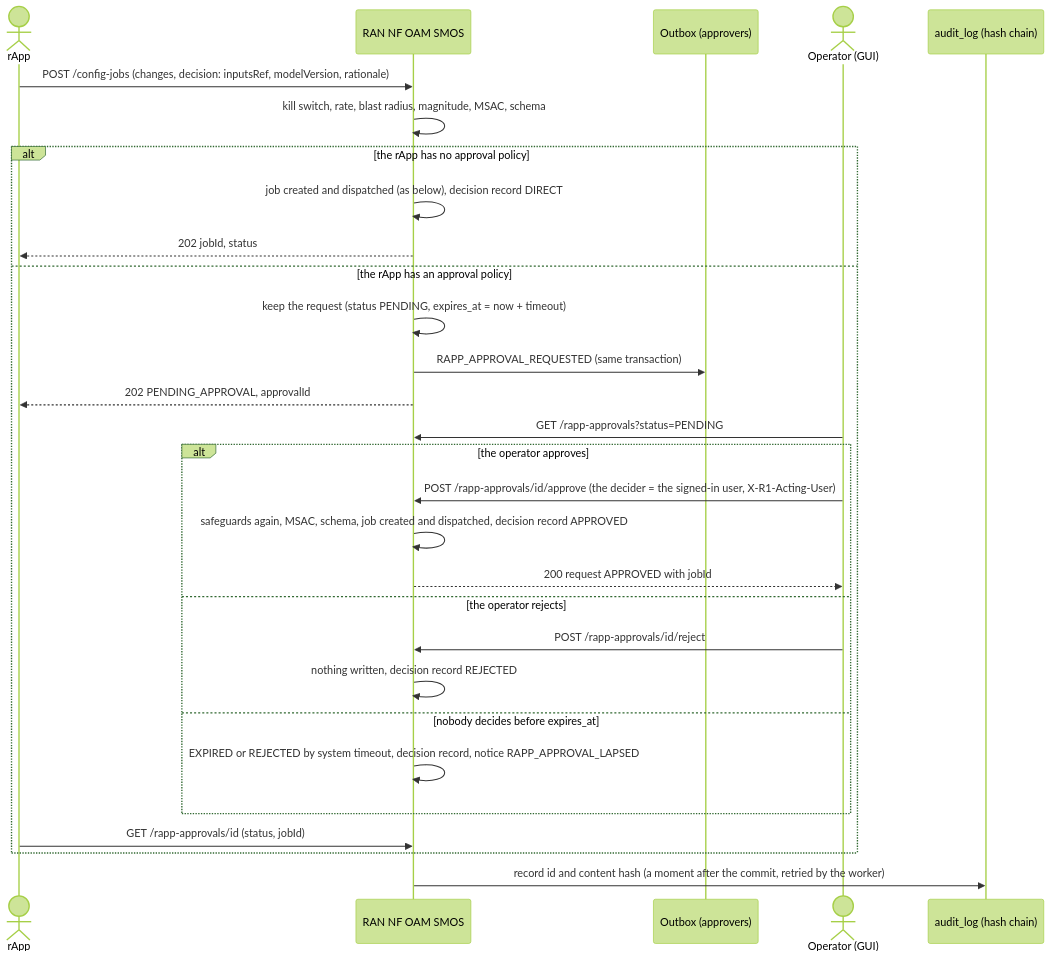
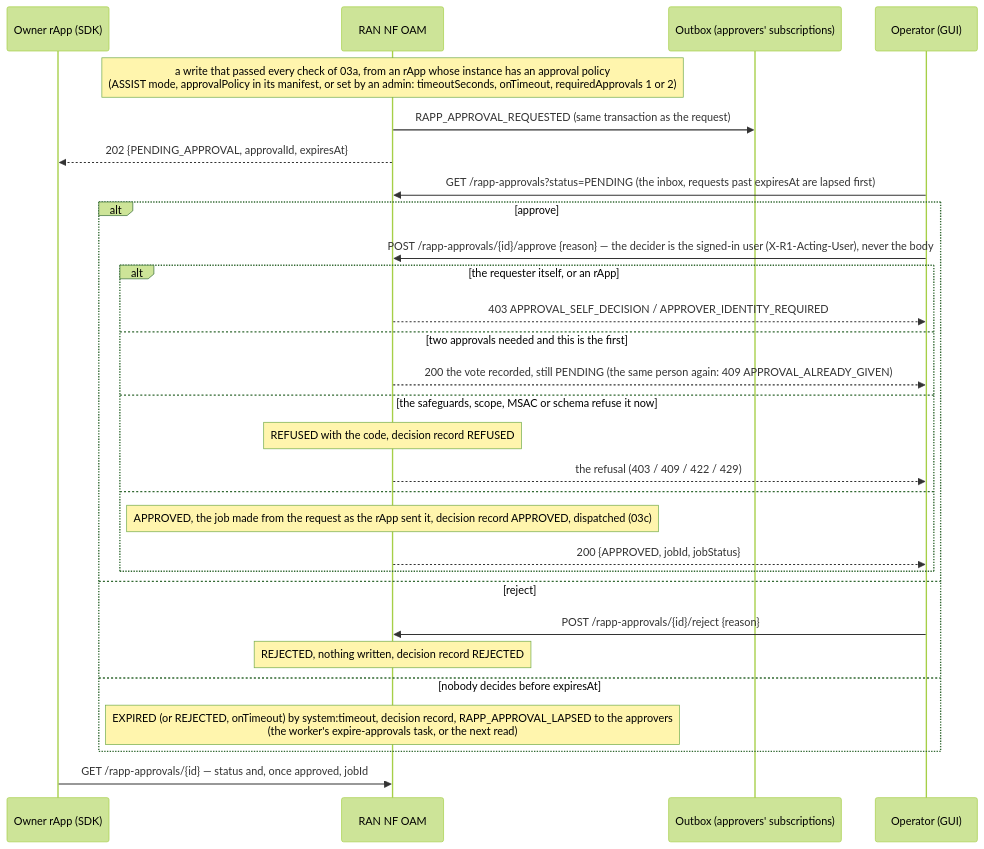
The second of 6 diagrams in smo/docs/call-flows/03-config-write-with-schema-check.md (rsys-bshankar/ai-ran-smo), drawn with Mermaid (forest theme) before and after one commit. The commit also changed other lines of this file and 24 other files, not shown here.

First line of the commit message:
Call flow 03 rewritten: a configuration write is saved before it is sent, and DME recovers an outcome it did not learn (DOC-CF-1.8)

````diff
--- a/smo/docs/call-flows/03-config-write-with-schema-check.md
+++ b/smo/docs/call-flows/03-config-write-with-schema-check.md
@@ -29,32 +80,32 @@
 ```mermaid
 sequenceDiagram
-    actor rApp
-    participant NFOAM as RAN NF OAM SMOS
-    participant Outbox as Outbox (approvers)
-    actor Operator as Operator (GUI)
-    participant Chain as audit_log (hash chain)
+    participant R as Owner rApp (SDK)
+    participant OAM as RAN NF OAM
+    participant OB as Outbox (approvers' subscriptions)
+    participant Op as Operator (GUI)
 
-    rApp->>NFOAM: POST /config-jobs (changes, decision: inputsRef, modelVersion, rationale)
-    NFOAM->>NFOAM: kill switch, rate, blast radius, magnitude, MSAC, schema
-    alt the rApp has no approval policy
-        NFOAM->>NFOAM: job created and dispatched (as below), decision record DIRECT
-        NFOAM-->>rApp: 202 jobId, status
-    else the rApp has an approval policy
-        NFOAM->>NFOAM: keep the request (status PENDING, expires_at = now + timeout)
-        NFOAM->>Outbox: RAPP_APPROVAL_REQUESTED (same transaction)
-        NFOAM-->>rApp: 202 PENDING_APPROVAL, approvalId
-        Operator->>NFOAM: GET /rapp-approvals?status=PENDING
-        alt the operator approves
-            Operator->>NFOAM: POST /rapp-approvals/id/approve (the decider = the signed-in user, X-R1-Acting-User)
-            NFOAM->>NFOAM: safeguards again, MSAC, schema, job created and dispatched, decision record APPROVED
-            NFOAM-->>Operator: 200 request APPROVED with jobId
-        else the operator rejects
-            Operator->>NFOAM: POST /rapp-approvals/id/reject
-            NFOAM->>NFOAM: nothing written, decision record REJECTED
-        else nobody decides before expires_at
-            NFOAM->>NFOAM: EXPIRED or REJECTED by system timeout, decision record, notice RAPP_APPROVAL_LAPSED
+    Note over OAM: a write that passed every check of 03a, from an rApp whose instance has an approval policy<br/>(ASSIST mode, approvalPolicy in its manifest, or set by an admin: timeoutSeconds, onTimeout, requiredApprovals 1 or 2)
+    OAM->>OB: RAPP_APPROVAL_REQUESTED (same transaction as the request)
+    OAM-->>R: 202 {PENDING_APPROVAL, approvalId, expiresAt}
+    Op->>OAM: GET /rapp-approvals?status=PENDING (the inbox, requests past expiresAt are lapsed first)
+    alt approve
+        Op->>OAM: POST /rapp-approvals/{id}/approve {reason} — the decider is the signed-in user (X-R1-Acting-User), never the body
+        alt the requester itself, or an rApp
+            OAM-->>Op: 403 APPROVAL_SELF_DECISION / APPROVER_IDENTITY_REQUIRED
+        else two approvals needed and this is the first
+            OAM-->>Op: 200 the vote recorded, still PENDING (the same person again: 409 APPROVAL_ALREADY_GIVEN)
+        else the safeguards, scope, MSAC or schema refuse it now
+            Note over OAM: REFUSED with the code, decision record REFUSED
+            OAM-->>Op: the refusal (403 / 409 / 422 / 429)
+        else
+            Note over OAM: APPROVED, the job made from the request as the rApp sent it, decision record APPROVED, dispatched (03c)
+            OAM-->>Op: 200 {APPROVED, jobId, jobStatus}
         end
-        rApp->>NFOAM: GET /rapp-approvals/id (status, jobId)
+    else reject
+        Op->>OAM: POST /rapp-approvals/{id}/reject {reason}
+        Note over OAM: REJECTED, nothing written, decision record REJECTED
+    else nobody decides before expiresAt
+        Note over OAM: EXPIRED (or REJECTED, onTimeout) by system:timeout, decision record, RAPP_APPROVAL_LAPSED to the approvers<br/>(the worker's expire-approvals task, or the next read)
     end
-    NFOAM->>Chain: record id and content hash (a moment after the commit, retried by the worker)
+    R->>OAM: GET /rapp-approvals/{id} — status and, once approved, jobId
 ```
````
